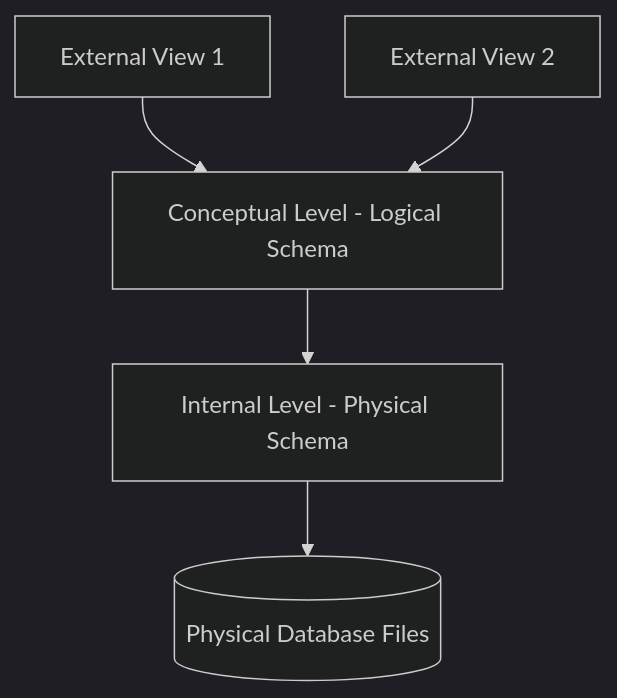
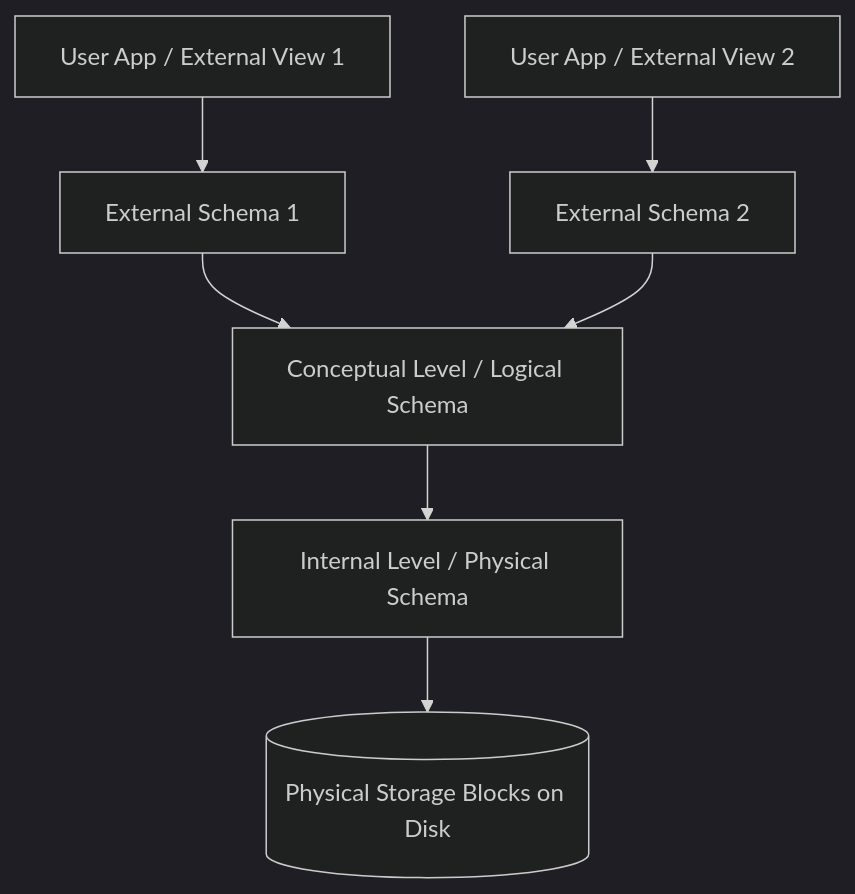
The first of 3 diagrams in 01-Introduction-and-Architecture.md (Keerthana-S1612/DBMS), drawn with Mermaid (dark theme) before and after one commit. The commit also changed other lines of this file and 8 other files, not shown here.

````diff
--- a/01-Introduction-and-Architecture.md
+++ b/01-Introduction-and-Architecture.md
@@ -112,7 +121,9 @@
 ```mermaid
 graph TD
-    Ext1[External View 1] --> Conceptual[Conceptual Level - Logical Schema]
-    Ext2[External View 2] --> Conceptual
-    Conceptual --> Internal[Internal Level - Physical Schema]
-    Internal --> Database[(Physical Database Files)]
+    User1[User App / External View 1] --> ExtSchema1[External Schema 1]
+    User2[User App / External View 2] --> ExtSchema2[External Schema 2]
+    ExtSchema1 --> Conceptual[Conceptual Level / Logical Schema]
+    ExtSchema2 --> Conceptual
+    Conceptual --> Internal[Internal Level / Physical Schema]
+    Internal --> PhysicalData[(Physical Storage Blocks on Disk)]
 ```
````
